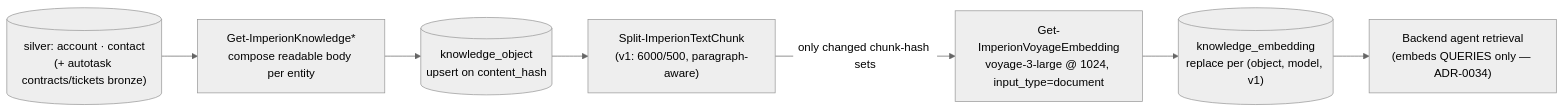
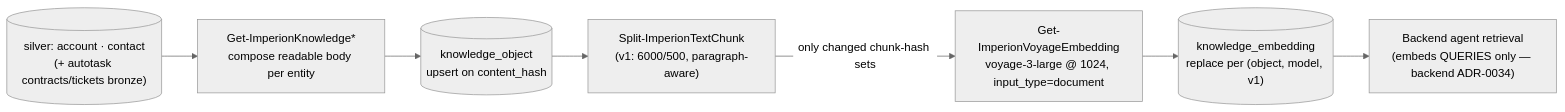
Before and after one commit to markdconnelly/ImperionCRM_LocalPipelineEnrichment: the diagram in docs/decision-records/ADR-0009-settled-embedding-stack-voyage-direct.md, drawn with Mermaid (neutral theme). The commit also changed other lines of this file and 10 other files, not shown here.

````diff
--- a/docs/decision-records/ADR-0009-settled-embedding-stack-voyage-direct.md
+++ b/docs/decision-records/ADR-0009-settled-embedding-stack-voyage-direct.md
@@ -39,10 +48,10 @@
 ```mermaid
 flowchart LR
     SILVER[("silver: account · contact<br/>(+ autotask contracts/tickets bronze)")]
     SILVER --> COMPOSE["Get-ImperionKnowledge*<br/>compose readable body per entity"]
     COMPOSE --> KO[("knowledge_object<br/>upsert on content_hash")]
     KO --> CHUNK["Split-ImperionTextChunk<br/>(v1: 6000/500, paragraph-aware)"]
     CHUNK -->|"only changed chunk-hash sets"| VOYAGE["Get-ImperionVoyageEmbedding<br/>voyage-3-large @ 1024, input_type=document"]
     VOYAGE --> KE[("knowledge_embedding<br/>replace per (object, model, v1)")]
-    KE --> AGENT["Backend agent retrieval<br/>(embeds QUERIES only — ADR-0034)"]
+    KE --> AGENT["Backend agent retrieval<br/>(embeds QUERIES only — backend ADR-0034)"]
 ```
````
